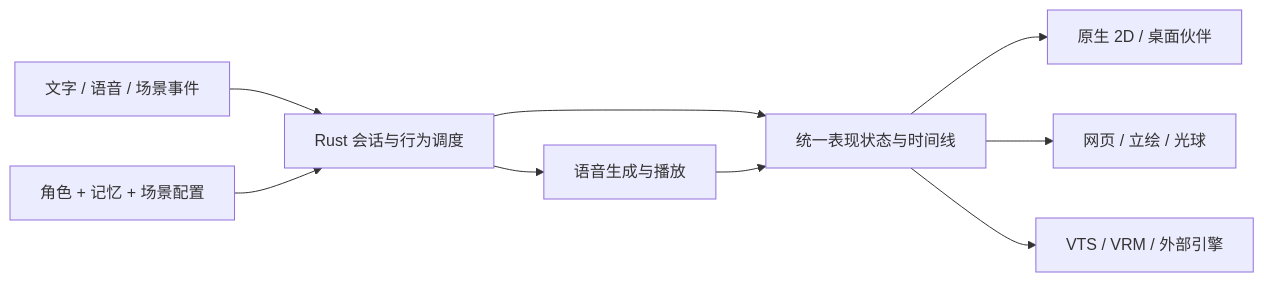
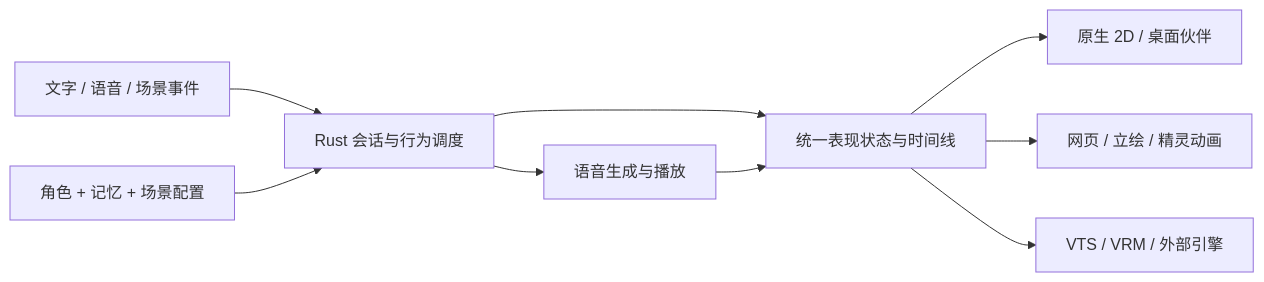
Before and after one commit to QwQBiG/AIA: the diagram in docs/DIGITAL_HUMAN_ROADMAP.md, drawn with Mermaid. The commit also changed other lines of this file and 58 other files, not shown here.

````diff
--- a/docs/DIGITAL_HUMAN_ROADMAP.md
+++ b/docs/DIGITAL_HUMAN_ROADMAP.md
@@ -51,11 +51,11 @@
 ```mermaid
 flowchart LR
     Inputs[文字 / 语音 / 场景事件] --> Runtime[Rust 会话与行为调度]
     Character[角色 + 记忆 + 场景配置] --> Runtime
     Runtime --> Speech[语音生成与播放]
     Runtime --> Expression[统一表现状态与时间线]
     Speech --> Expression
     Expression --> Native[原生 2D / 桌面伙伴]
-    Expression --> Web[网页 / 立绘 / 光球]
+    Expression --> Web[网页 / 立绘 / 精灵动画]
     Expression --> External[VTS / VRM / 外部引擎]
 ```
````
